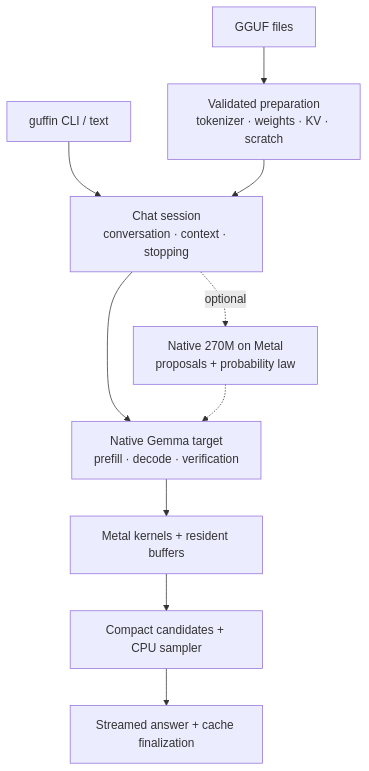
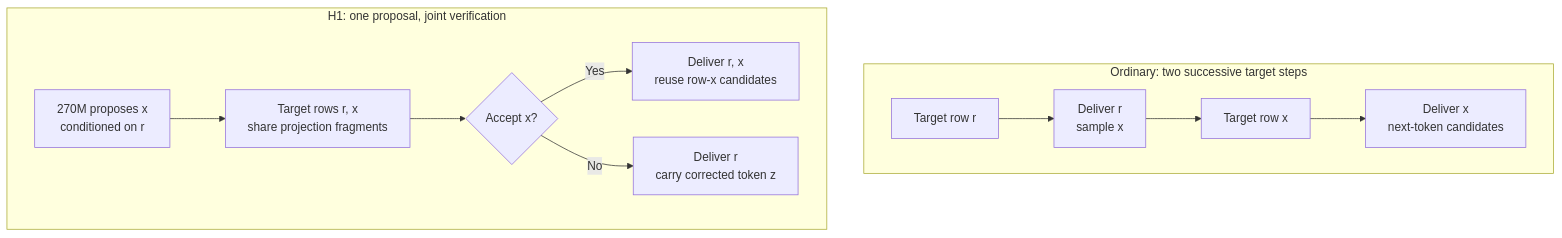
One commit to joelsjo01/guffin changed the second of 2 diagrams in README.md. Above: the diagram before and after it, drawn with Mermaid. The commit also changed other lines of this file and 3 other files, not shown here.

````diff
--- a/README.md
+++ b/README.md
@@ -68,12 +101,13 @@
 ```mermaid
-flowchart TD
-    F["GGUF files"] --> P["Validated preparation<br/>tokenizer · weights · KV · scratch"]
-    I["guffin CLI / text"] --> S["Chat session<br/>conversation · context · stopping"]
-    P --> S
-    S --> T["Native Gemma target<br/>prefill · decode · verification"]
-    S -. optional .-> D["Native 270M on Metal<br/>proposals + probability law"]
-    D -.-> T
-    T --> M["Metal kernels + resident buffers"]
-    M --> C["Compact candidates + CPU sampler"]
-    C --> O["Streamed answer + cache finalization"]
+flowchart TB
+    subgraph Ordinary["Ordinary: two successive target steps"]
+        direction LR
+        O1["Target row r"] --> O2["Deliver r<br/>sample x"] --> O3["Target row x"] --> O4["Deliver x<br/>next-token candidates"]
+    end
+    subgraph H1["H1: one proposal, joint verification"]
+        direction LR
+        D["270M proposes x<br/>conditioned on r"] --> V["Target rows r, x<br/>share projection fragments"] --> A{"Accept x?"}
+        A -->|Yes| K["Deliver r, x<br/>reuse row-x candidates"]
+        A -->|No| C["Deliver r<br/>carry corrected token z"]
+    end
 ```
````
